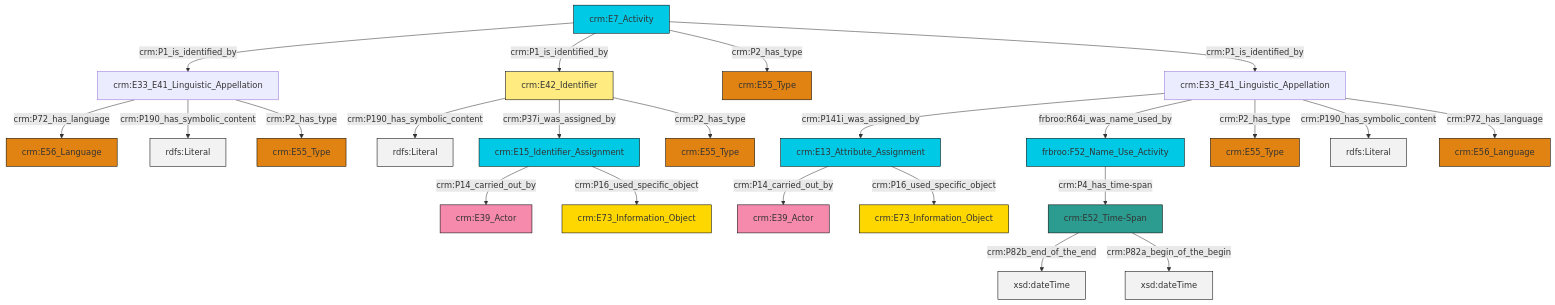
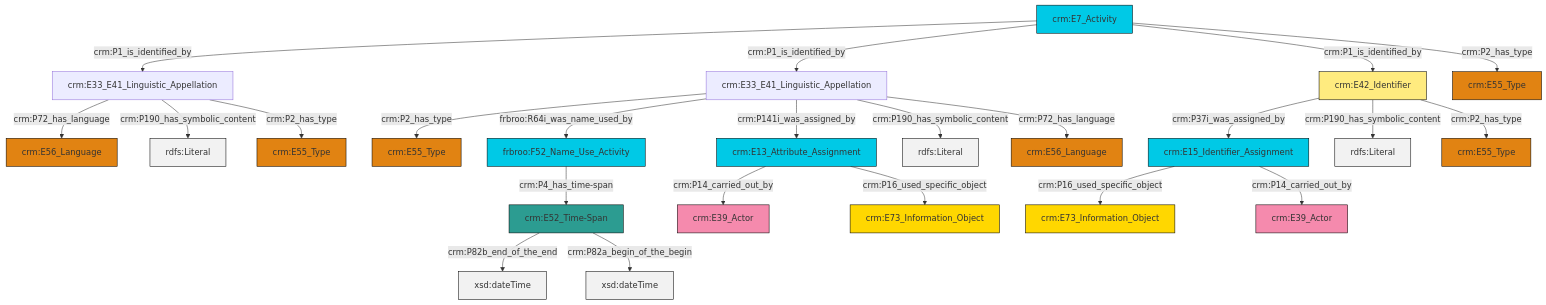
One commit to swiss-art-research-net/reference-data-models changed the diagram in et/eventCSV/ttl/mmd/event_name.ttl.mmd. Above: the diagram before and after it, drawn with Mermaid. The commit also changed 123 other files, not shown here.

```diff
--- a/et/eventCSV/ttl/mmd/event_name.ttl.mmd
+++ b/et/eventCSV/ttl/mmd/event_name.ttl.mmd
@@ -1,37 +1,37 @@
 graph TD
 classDef Literal fill:#f2f2f2,stroke:#000000;
 classDef CRM_Entity fill:#FFFFFF,stroke:#000000;
 classDef Temporal_Entity fill:#00C9E6, stroke:#000000;
 classDef Type fill:#E18312, stroke:#000000;
 classDef Time-Span fill:#2C9C91, stroke:#000000;
 classDef Appellation fill:#FFEB7F, stroke:#000000;
 classDef Place fill:#008836, stroke:#000000;
 classDef Persistent_Item fill:#B266B2, stroke:#000000;
 classDef Conceptual_Object fill:#FFD700, stroke:#000000;
 classDef Physical_Thing fill:#D2B48C, stroke:#000000;
 classDef Actor fill:#f58aad, stroke:#000000;
 classDef PC_Classes fill:#4ce600, stroke:#000000;
 classDef Multi fill:#cccccc,stroke:#000000;
 
-0["crm:E7_Activity"]:::Temporal_Entity -->|crm:P1_is_identified_by| 1["crm:E33_E41_Linguistic_Appellation"]:::Default
-6["crm:E42_Identifier"]:::Appellation -->|crm:P190_has_symbolic_content| 7[rdfs:Literal]:::Literal
-13["crm:E33_E41_Linguistic_Appellation"]:::Default -->|crm:P141i_was_assigned_by| 4["crm:E13_Attribute_Assignment"]:::Temporal_Entity
-1["crm:E33_E41_Linguistic_Appellation"]:::Default -->|crm:P72_has_language| 14["crm:E56_Language"]:::Type
-0["crm:E7_Activity"]:::Temporal_Entity -->|crm:P1_is_identified_by| 6["crm:E42_Identifier"]:::Appellation
-19["crm:E15_Identifier_Assignment"]:::Temporal_Entity -->|crm:P14_carried_out_by| 15["crm:E39_Actor"]:::Actor
-21["crm:E52_Time-Span"]:::Time-Span -->|crm:P82b_end_of_the_end| 22[xsd:dateTime]:::Literal
-4["crm:E13_Attribute_Assignment"]:::Temporal_Entity -->|crm:P14_carried_out_by| 23["crm:E39_Actor"]:::Actor
-19["crm:E15_Identifier_Assignment"]:::Temporal_Entity -->|crm:P16_used_specific_object| 26["crm:E73_Information_Object"]:::Conceptual_Object
-13["crm:E33_E41_Linguistic_Appellation"]:::Default -->|frbroo:R64i_was_name_used_by| 27["frbroo:F52_Name_Use_Activity"]:::Temporal_Entity
-1["crm:E33_E41_Linguistic_Appellation"]:::Default -->|crm:P190_has_symbolic_content| 28[rdfs:Literal]:::Literal
-4["crm:E13_Attribute_Assignment"]:::Temporal_Entity -->|crm:P16_used_specific_object| 11["crm:E73_Information_Object"]:::Conceptual_Object
-21["crm:E52_Time-Span"]:::Time-Span -->|crm:P82a_begin_of_the_begin| 33[xsd:dateTime]:::Literal
-13["crm:E33_E41_Linguistic_Appellation"]:::Default -->|crm:P2_has_type| 2["crm:E55_Type"]:::Type
-0["crm:E7_Activity"]:::Temporal_Entity -->|crm:P2_has_type| 34["crm:E55_Type"]:::Type
-13["crm:E33_E41_Linguistic_Appellation"]:::Default -->|crm:P190_has_symbolic_content| 37[rdfs:Literal]:::Literal
-1["crm:E33_E41_Linguistic_Appellation"]:::Default -->|crm:P2_has_type| 17["crm:E55_Type"]:::Type
-0["crm:E7_Activity"]:::Temporal_Entity -->|crm:P1_is_identified_by| 13["crm:E33_E41_Linguistic_Appellation"]:::Default
-6["crm:E42_Identifier"]:::Appellation -->|crm:P37i_was_assigned_by| 19["crm:E15_Identifier_Assignment"]:::Temporal_Entity
-13["crm:E33_E41_Linguistic_Appellation"]:::Default -->|crm:P72_has_language| 9["crm:E56_Language"]:::Type
-6["crm:E42_Identifier"]:::Appellation -->|crm:P2_has_type| 38["crm:E55_Type"]:::Type
-27["frbroo:F52_Name_Use_Activity"]:::Temporal_Entity -->|crm:P4_has_time-span| 21["crm:E52_Time-Span"]:::Time-Span
+0["crm:E33_E41_Linguistic_Appellation"]:::Default -->|crm:P2_has_type| 1["crm:E55_Type"]:::Type
+2["crm:E52_Time-Span"]:::Time-Span -->|crm:P82b_end_of_the_end| 3[xsd:dateTime]:::Literal
+11["crm:E7_Activity"]:::Temporal_Entity -->|crm:P1_is_identified_by| 12["crm:E33_E41_Linguistic_Appellation"]:::Default
+16["crm:E42_Identifier"]:::Appellation -->|crm:P37i_was_assigned_by| 17["crm:E15_Identifier_Assignment"]:::Temporal_Entity
+17["crm:E15_Identifier_Assignment"]:::Temporal_Entity -->|crm:P16_used_specific_object| 18["crm:E73_Information_Object"]:::Conceptual_Object
+16["crm:E42_Identifier"]:::Appellation -->|crm:P190_has_symbolic_content| 19[rdfs:Literal]:::Literal
+16["crm:E42_Identifier"]:::Appellation -->|crm:P2_has_type| 25["crm:E55_Type"]:::Type
+12["crm:E33_E41_Linguistic_Appellation"]:::Default -->|crm:P72_has_language| 28["crm:E56_Language"]:::Type
+2["crm:E52_Time-Span"]:::Time-Span -->|crm:P82a_begin_of_the_begin| 29[xsd:dateTime]:::Literal
+11["crm:E7_Activity"]:::Temporal_Entity -->|crm:P1_is_identified_by| 0["crm:E33_E41_Linguistic_Appellation"]:::Default
+17["crm:E15_Identifier_Assignment"]:::Temporal_Entity -->|crm:P14_carried_out_by| 4["crm:E39_Actor"]:::Actor
+0["crm:E33_E41_Linguistic_Appellation"]:::Default -->|frbroo:R64i_was_name_used_by| 8["frbroo:F52_Name_Use_Activity"]:::Temporal_Entity
+23["crm:E13_Attribute_Assignment"]:::Temporal_Entity -->|crm:P14_carried_out_by| 20["crm:E39_Actor"]:::Actor
+11["crm:E7_Activity"]:::Temporal_Entity -->|crm:P1_is_identified_by| 16["crm:E42_Identifier"]:::Appellation
+12["crm:E33_E41_Linguistic_Appellation"]:::Default -->|crm:P190_has_symbolic_content| 33[rdfs:Literal]:::Literal
+0["crm:E33_E41_Linguistic_Appellation"]:::Default -->|crm:P141i_was_assigned_by| 23["crm:E13_Attribute_Assignment"]:::Temporal_Entity
+12["crm:E33_E41_Linguistic_Appellation"]:::Default -->|crm:P2_has_type| 6["crm:E55_Type"]:::Type
+0["crm:E33_E41_Linguistic_Appellation"]:::Default -->|crm:P190_has_symbolic_content| 35[rdfs:Literal]:::Literal
+8["frbroo:F52_Name_Use_Activity"]:::Temporal_Entity -->|crm:P4_has_time-span| 2["crm:E52_Time-Span"]:::Time-Span
+23["crm:E13_Attribute_Assignment"]:::Temporal_Entity -->|crm:P16_used_specific_object| 37["crm:E73_Information_Object"]:::Conceptual_Object
+0["crm:E33_E41_Linguistic_Appellation"]:::Default -->|crm:P72_has_language| 13["crm:E56_Language"]:::Type
+11["crm:E7_Activity"]:::Temporal_Entity -->|crm:P2_has_type| 31["crm:E55_Type"]:::Type
```
